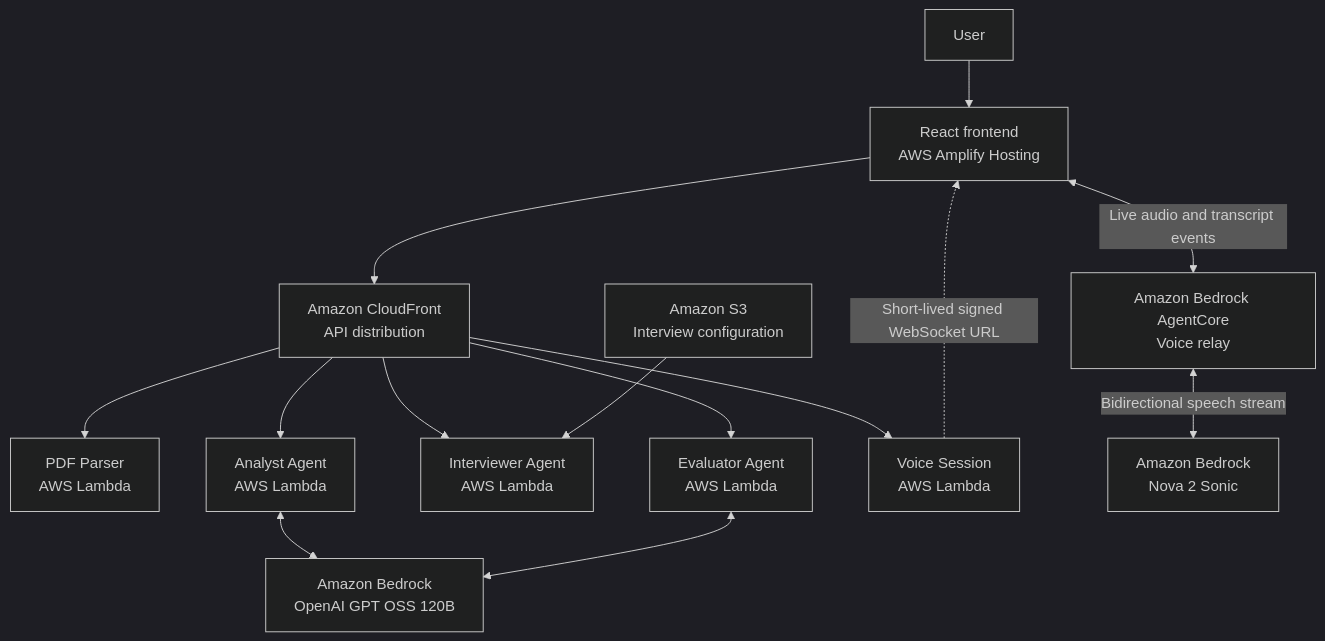
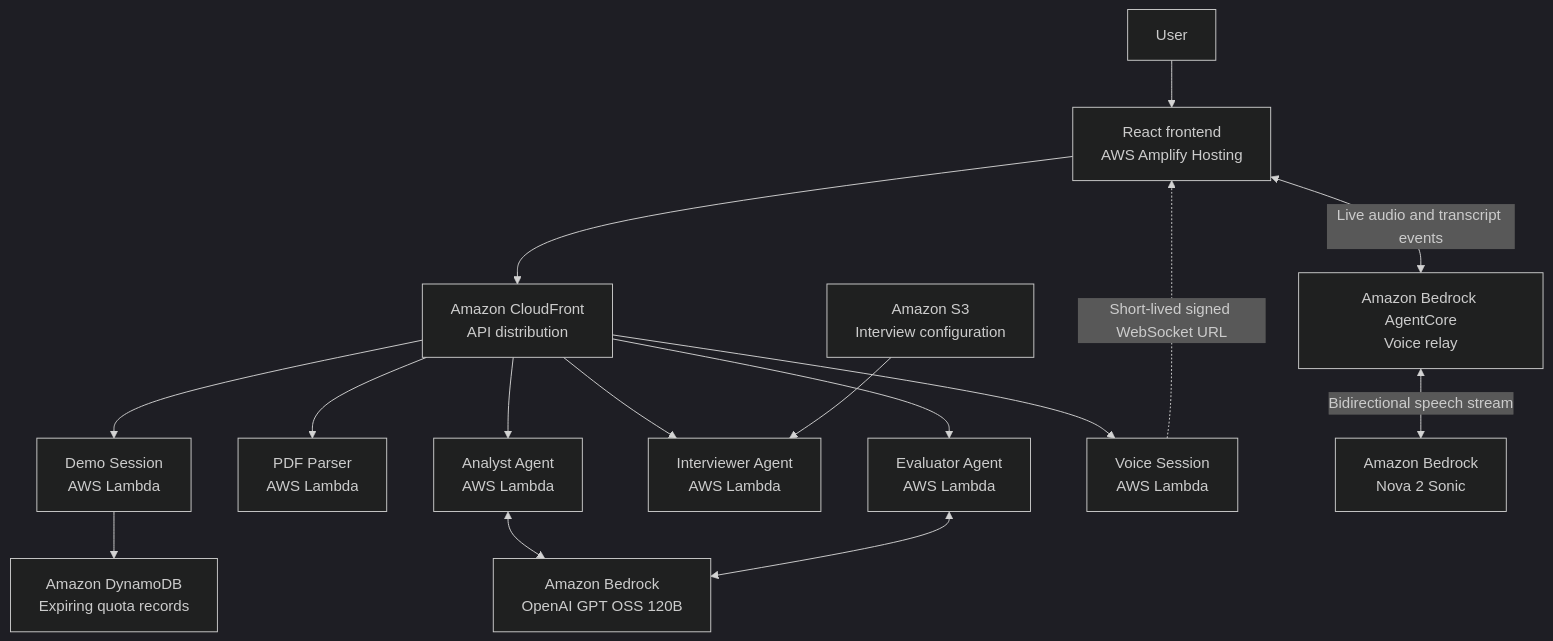
One commit to Jade-ok/CIC_mock-interview-coach changed the diagram in README.md. Above: the diagram before and after it, drawn with Mermaid (dark theme). The commit also changed other lines of this file and 55 other files, not shown here.

````diff
--- a/README.md
+++ b/README.md
@@ -175,19 +175,21 @@
 ```mermaid
 flowchart TD
     User --> Frontend[React frontend<br/>AWS Amplify Hosting]
     Frontend --> CloudFront[Amazon CloudFront<br/>API distribution]
 
+    CloudFront --> Admission[Demo Session<br/>AWS Lambda]
     CloudFront --> PDF[PDF Parser<br/>AWS Lambda]
     CloudFront --> Analyst[Analyst Agent<br/>AWS Lambda]
     CloudFront --> Interviewer[Interviewer Agent<br/>AWS Lambda]
     CloudFront --> Evaluator[Evaluator Agent<br/>AWS Lambda]
     CloudFront --> VoiceSession[Voice Session<br/>AWS Lambda]
+    Admission --> Quotas[Amazon DynamoDB<br/>Expiring quota records]
 
     Analyst <--> GPT[Amazon Bedrock<br/>OpenAI GPT OSS 120B]
     Evaluator <--> GPT
     S3[Amazon S3<br/>Interview configuration] --> Interviewer
 
     VoiceSession -. Short-lived signed WebSocket URL .-> Frontend
     Frontend <-->|Live audio and transcript events| AgentCore[Amazon Bedrock AgentCore<br/>Voice relay]
     AgentCore <-->|Bidirectional speech stream| Nova[Amazon Bedrock<br/>Nova 2 Sonic]
 ```
````
